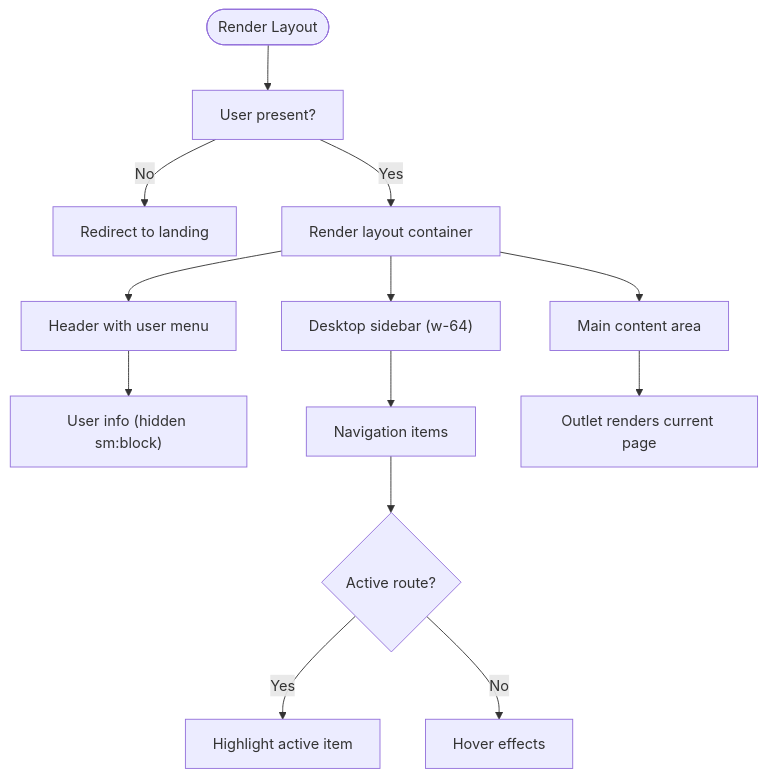
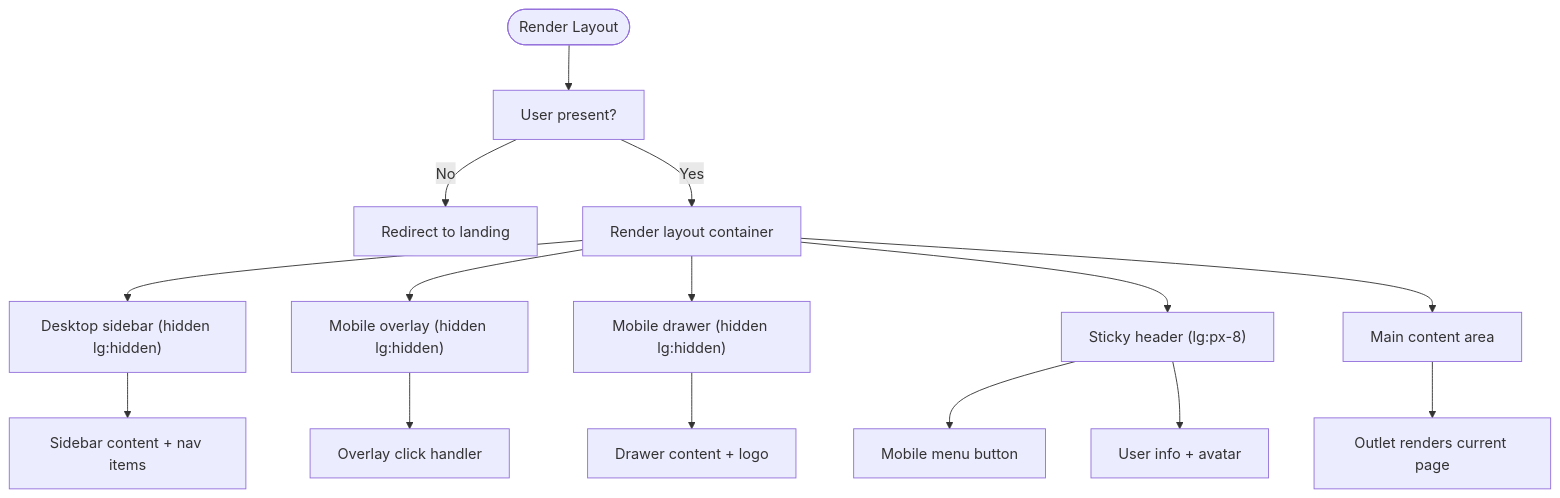
One commit to netdaniel/serveflow changed the third of 4 diagrams in .qoder/repowiki/en/content/Mobile & Web Deployment/Responsive Design & Mobile Optimization.md. Above: the diagram before and after it, drawn with Mermaid. The commit also changed other lines of this file and 12 other files, not shown here.

````diff
--- a/.qoder/repowiki/en/content/Mobile & Web Deployment/Responsive Design & Mobile Optimization.md
+++ b/.qoder/repowiki/en/content/Mobile & Web Deployment/Responsive Design & Mobile Optimization.md
@@ -188,15 +225,17 @@
 ```mermaid
 flowchart TD
 Start(["Render Layout"]) --> CheckUser["User present?"]
 CheckUser --> |No| Redirect["Redirect to landing"]
 CheckUser --> |Yes| RenderLayout["Render layout container"]
-RenderLayout --> Sidebar["Desktop sidebar (w-64)"]
-RenderLayout --> Header["Header with user menu"]
-Header --> UserInfo["User info (hidden sm:block)"]
-Sidebar --> NavItems["Navigation items"]
-NavItems --> ActiveState{"Active route?"}
-ActiveState --> |Yes| Highlight["Highlight active item"]
-ActiveState --> |No| HoverState["Hover effects"]
+RenderLayout --> DesktopSidebar["Desktop sidebar (hidden lg:hidden)"]
+RenderLayout --> MobileOverlay["Mobile overlay (hidden lg:hidden)"]
+RenderLayout --> MobileDrawer["Mobile drawer (hidden lg:hidden)"]
+MobileOverlay --> ClickHandler["Overlay click handler"]
+MobileDrawer --> DrawerContent["Drawer content + logo"]
+DesktopSidebar --> SidebarContent["Sidebar content + nav items"]
+RenderLayout --> Header["Sticky header (lg:px-8)"]
+Header --> MobileMenuButton["Mobile menu button"]
+Header --> UserInfo["User info + avatar"]
 RenderLayout --> MainContent["Main content area"]
 MainContent --> Outlet["Outlet renders current page"]
 ```
````
